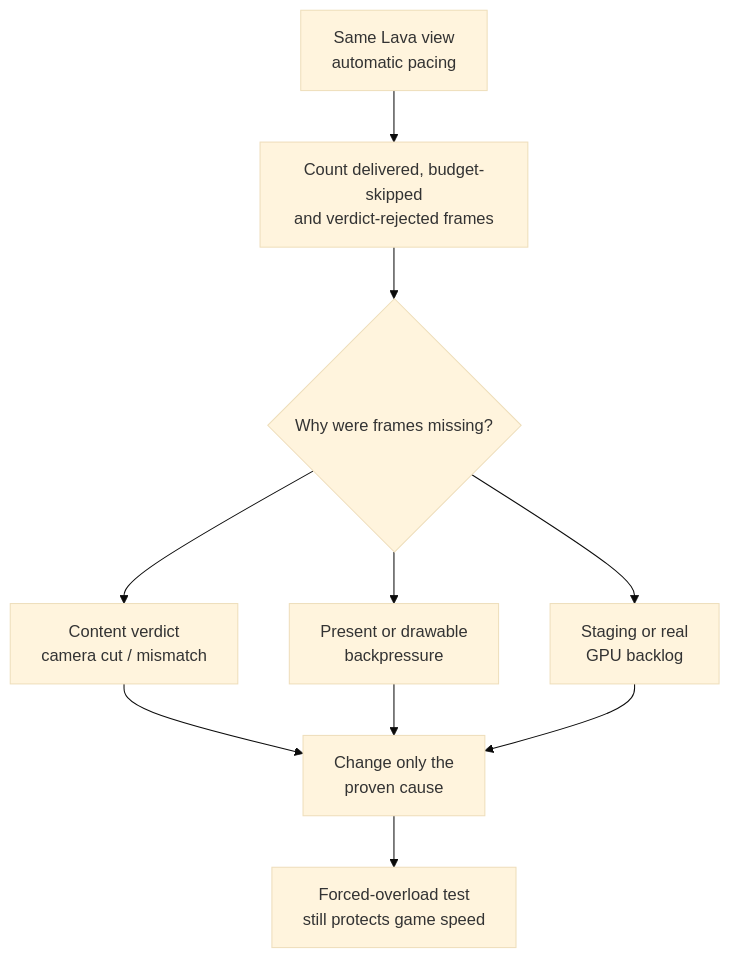
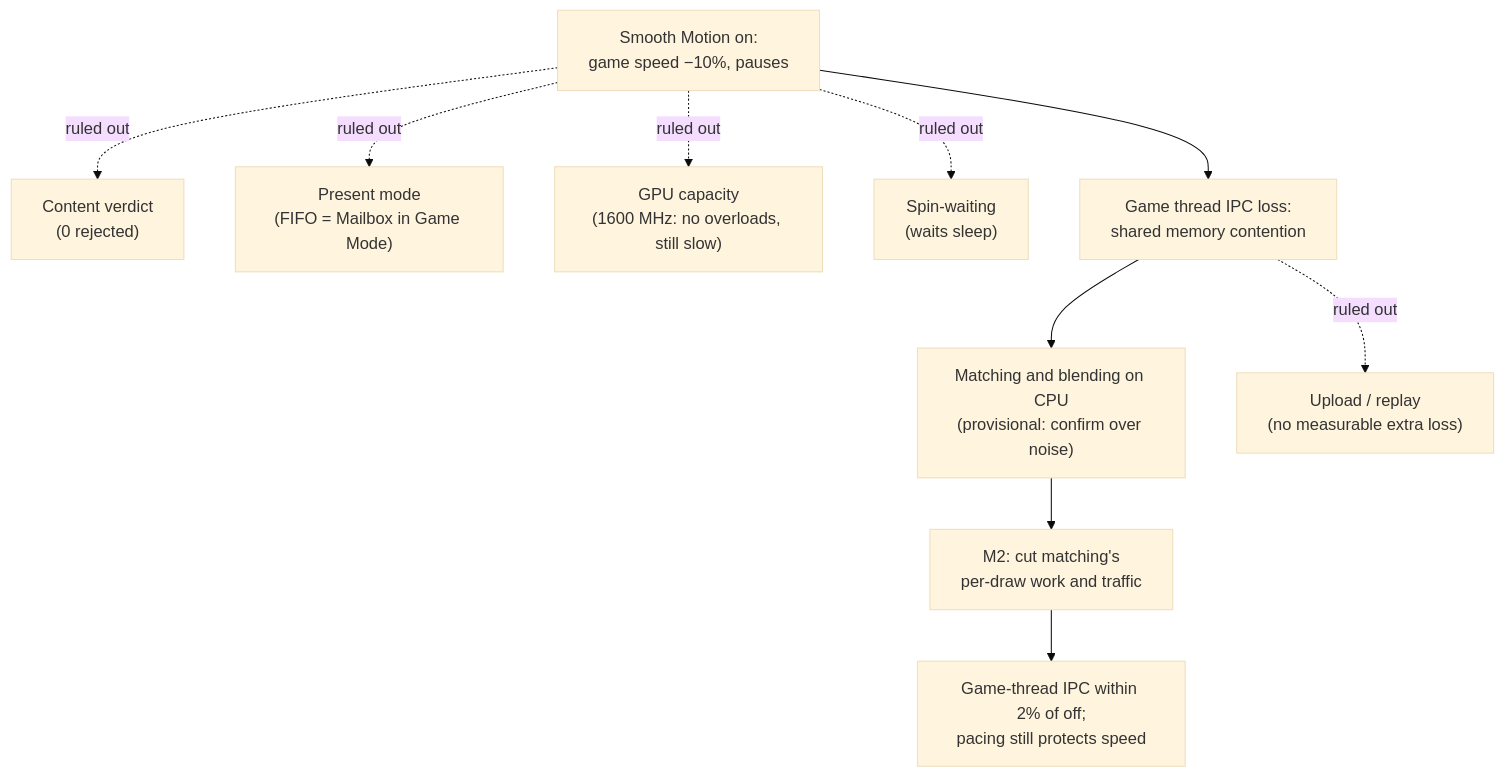
One commit to chrissotraidis/bluewake changed the diagram in docs/planning/2026-10-29-lava_smooth_motion_followup/TECH_PLAN.md. Above: the diagram before and after it, drawn with Mermaid (base theme). The commit also changed other lines of this file and 2 other files, not shown here.

````diff
--- a/docs/planning/2026-10-29-lava_smooth_motion_followup/TECH_PLAN.md
+++ b/docs/planning/2026-10-29-lava_smooth_motion_followup/TECH_PLAN.md
@@ -20,20 +33,22 @@
 ```mermaid
 flowchart TD
-    Run["Same Lava view<br/>automatic pacing"]
-    Count["Count delivered, budget-skipped<br/>and verdict-rejected frames"]
-    Cause{"Why were frames missing?"}
-    Verdict["Content verdict<br/>camera cut / mismatch"]
-    Present["Present or drawable<br/>backpressure"]
-    GPU["Staging or real<br/>GPU backlog"]
-    Fix["Change only the<br/>proven cause"]
-    Protect["Forced-overload test<br/>still protects game speed"]
+    Loss["Smooth Motion on:<br/>game speed −10%, pauses"]
+    Verdict["Content verdict<br/>(0 rejected)"]
+    Present["Present mode<br/>(FIFO = Mailbox in Game Mode)"]
+    GPU["GPU capacity<br/>(1600 MHz: no overloads, still slow)"]
+    Spin["Spin-waiting<br/>(waits sleep)"]
+    Mem["Game thread IPC loss:<br/>shared memory contention"]
+    Match["Matching and blending on CPU<br/>(provisional: confirm over noise)"]
+    Upload["Upload / replay<br/>(no measurable extra loss)"]
+    Fix["M2: cut matching's<br/>per-draw work and traffic"]
+    Protect["Game-thread IPC within 2% of off;<br/>pacing still protects speed"]
 
-    Run --> Count --> Cause
-    Cause --> Verdict
-    Cause --> Present
-    Cause --> GPU
-    Verdict --> Fix
-    Present --> Fix
-    GPU --> Fix
-    Fix --> Protect
+    Loss -.->|ruled out| Verdict
+    Loss -.->|ruled out| Present
+    Loss -.->|ruled out| GPU
+    Loss -.->|ruled out| Spin
+    Loss --> Mem
+    Mem --> Match
+    Mem -.->|ruled out| Upload
+    Match --> Fix --> Protect
 ```
````
